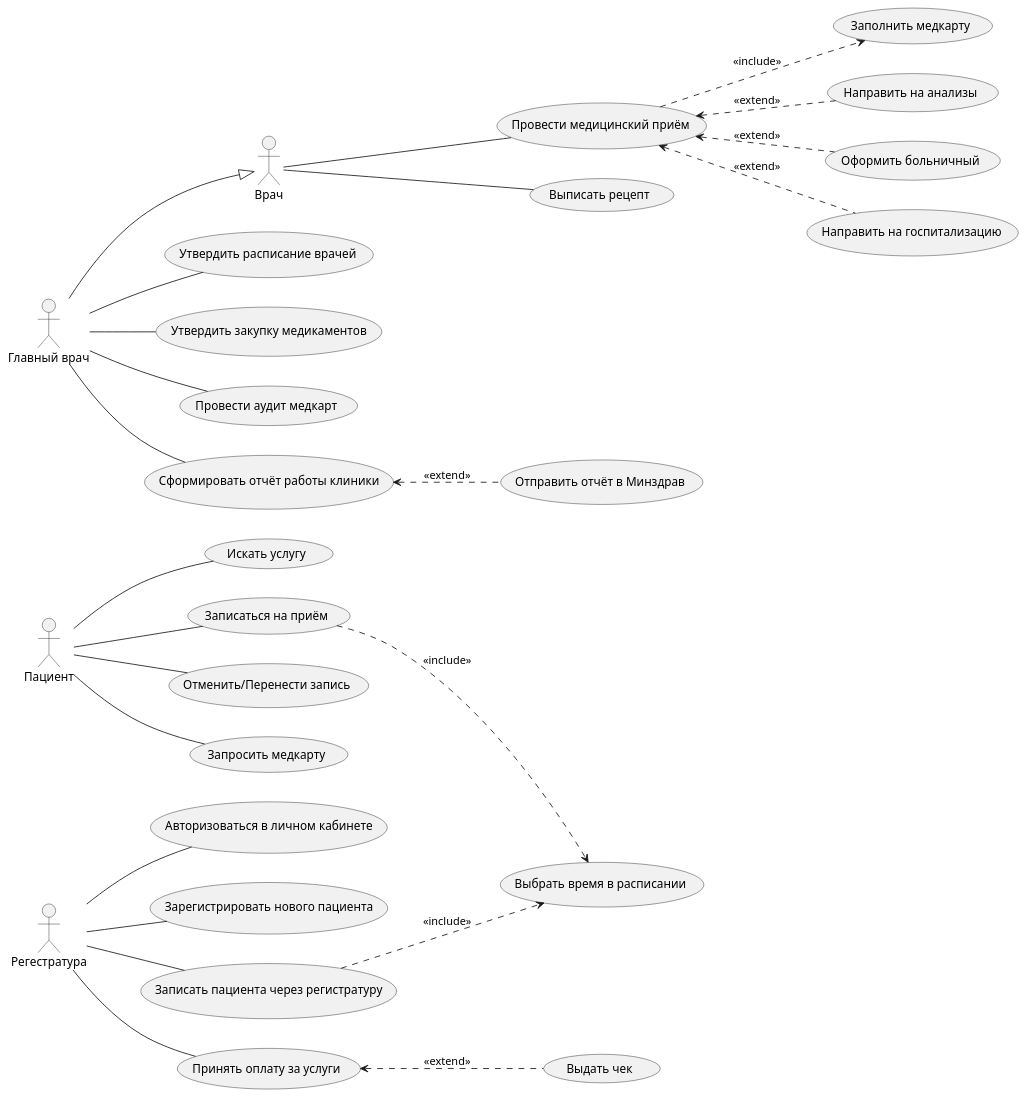
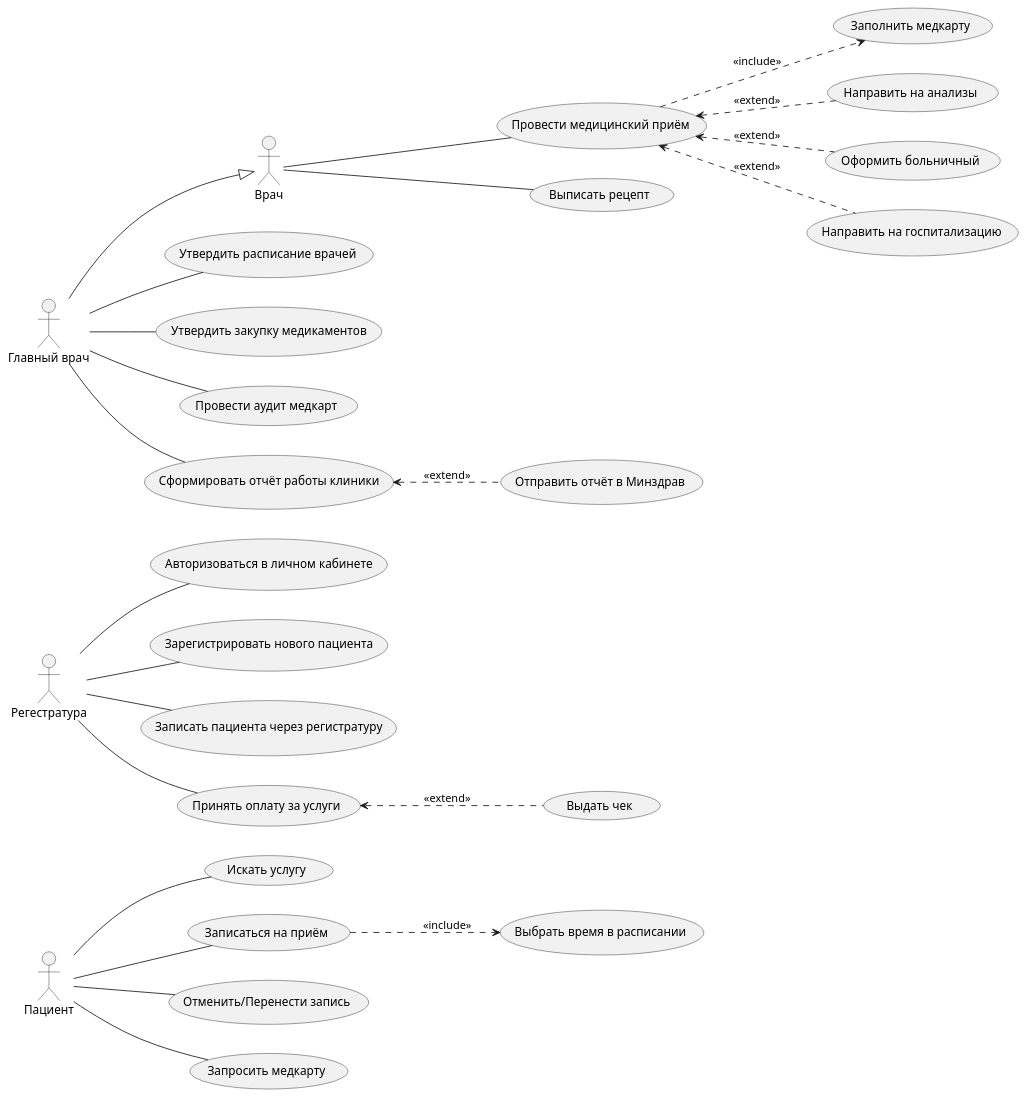
One commit to dan4a06/university_tasks changed the diagram in Информационные системы и технологии/hospital.puml. Above: the diagram before and after it, drawn with PlantUML. The commit also changed 1 other file, not shown here.

Commit message:
кое-что убрал из двух диаграмм, добавил новую диаграмму которую делали на паре

```diff
--- a/Информационные системы и технологии/hospital.puml
+++ b/Информационные системы и технологии/hospital.puml
@@ -1,79 +1,78 @@
 @startuml
 
 left to right direction
 
 ' --- АКТЁРЫ ---
 actor "Пациент" as Patient
 actor "Регестратура" as Registrar
 actor "Врач" as Doctor
 actor "Главный врач" as HeadDoctor
 
 ' Обобщение (Наследование)
 HeadDoctor --|> Doctor
 
 ' --- ВАРИАНТЫ ИСПОЛЬЗОВАНИЯ ---
 
 ' Пациентские
 usecase "Авторизоваться в личном кабинете" as UC_Auth
 usecase "Искать услугу" as UC_Search
 usecase "Записаться на приём" as UC_BookOnline
 usecase "Выбрать время в расписании" as UC_SelectTime
 usecase "Отменить/Перенести запись" as UC_Cancel
 usecase "Запросить медкарту" as UC_ViewCard
 
 ' Регистратура и Касса (Регестратура)
 usecase "Зарегистрировать нового пациента" as UC_RegPatient
 usecase "Записать пациента через регистратуру" as UC_BookDesk
 usecase "Принять оплату за услуги" as UC_Payment
 usecase "Выдать чек" as UC_TaxDoc
 
 ' Лечебный процесс (Врач)
 usecase "Провести медицинский приём" as UC_Consult
 usecase "Заполнить медкарту" as UC_FillCard
 usecase "Выписать рецепт" as UC_Prescription
 usecase "Направить на анализы" as UC_Referral
 usecase "Оформить больничный" as UC_SickLeave
 usecase "Направить на госпитализацию" as UC_Hospitalize
 
 ' Управление и контроль (Главный врач)
 usecase "Утвердить расписание врачей" as UC_Schedule
 usecase "Утвердить закупку медикаментов" as UC_Procurement
 usecase "Провести аудит медкарт" as UC_Audit
 usecase "Сформировать отчёт работы клиники" as UC_Report
 usecase "Отправить отчёт в Минздрав" as UC_ExportReport
 
 ' --- СВЯЗИ ПАЦИЕНТА ---
 Patient -- UC_Search
 Patient -- UC_Cancel
 Patient -- UC_ViewCard
 Patient -- UC_BookOnline
 
 ' --- СВЯЗИ РЕГИСТРАТОРА ---
 Registrar -- UC_BookDesk
 Registrar -- UC_Auth
 Registrar -- UC_RegPatient
 Registrar -- UC_Payment
 
 ' --- СВЯЗИ ВРАЧА ---
 Doctor -- UC_Consult
 Doctor -- UC_Prescription
 
 ' --- СВЯЗИ ГЛАВНОГО ВРАЧА ---
 HeadDoctor -- UC_Schedule
 HeadDoctor -- UC_Procurement
 HeadDoctor -- UC_Audit
 HeadDoctor -- UC_Report
 
 ' --- СВЯЗИ INCLUDE ---
 UC_BookOnline ..> UC_SelectTime : <<include>>
-UC_BookDesk ..> UC_SelectTime : <<include>>
 UC_Consult ..> UC_FillCard : <<include>>
 
 ' --- СВЯЗИ EXTEND ---
 UC_Payment <.. UC_TaxDoc : <<extend>>
 UC_Consult <.. UC_Referral : <<extend>>
 UC_Consult <.. UC_SickLeave : <<extend>>
 UC_Consult <.. UC_Hospitalize : <<extend>>
 UC_Report <.. UC_ExportReport : <<extend>>
 
 @enduml
```
